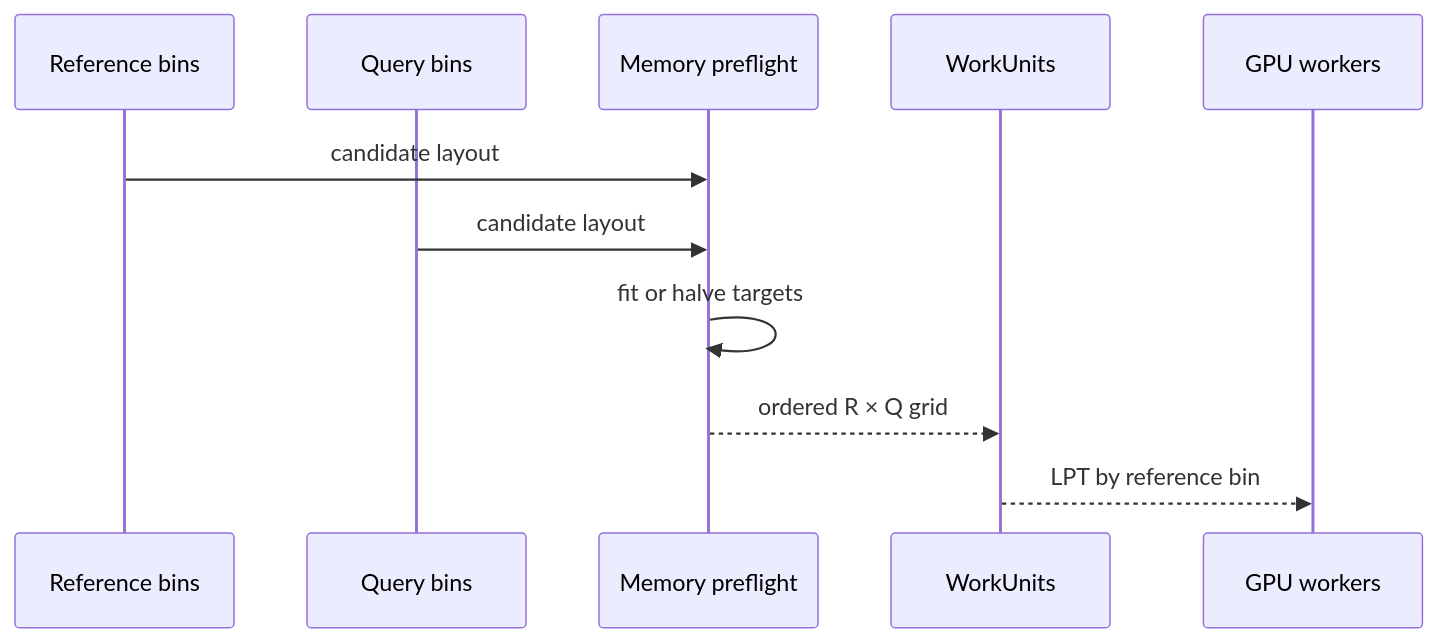
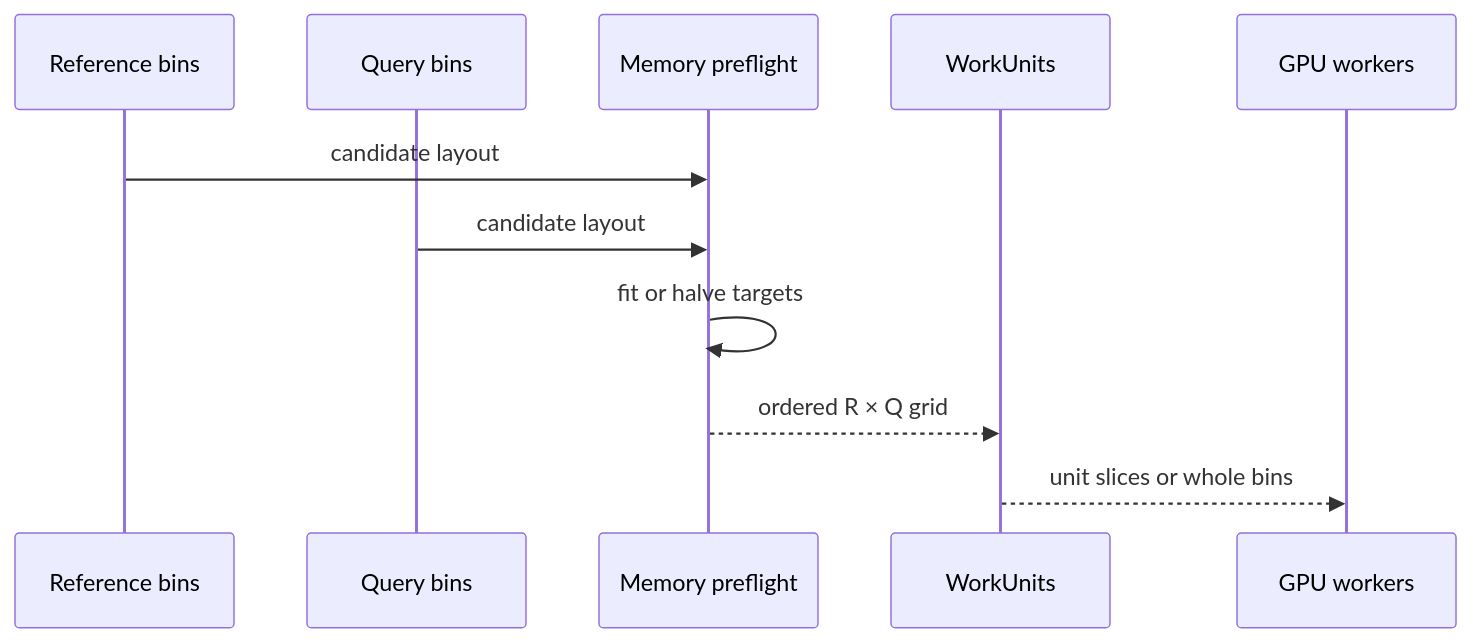
Before and after one commit to hillerlab/hspZ: the fifth of 5 diagrams in docs/src/journeys/input-plan.md, drawn with Mermaid. The commit also changed other lines of this file and 33 other files, not shown here.

````diff
--- a/docs/src/journeys/input-plan.md
+++ b/docs/src/journeys/input-plan.md
@@ -90,13 +90,13 @@
 ```mermaid
 sequenceDiagram
     participant R as Reference bins
     participant Q as Query bins
     participant P as Memory preflight
     participant W as WorkUnits
     participant G as GPU workers
     R->>P: candidate layout
     Q->>P: candidate layout
     P->>P: fit or halve targets
     P-->>W: ordered R × Q grid
-    W-->>G: LPT by reference bin
+    W-->>G: unit slices or whole bins
 ```
````
